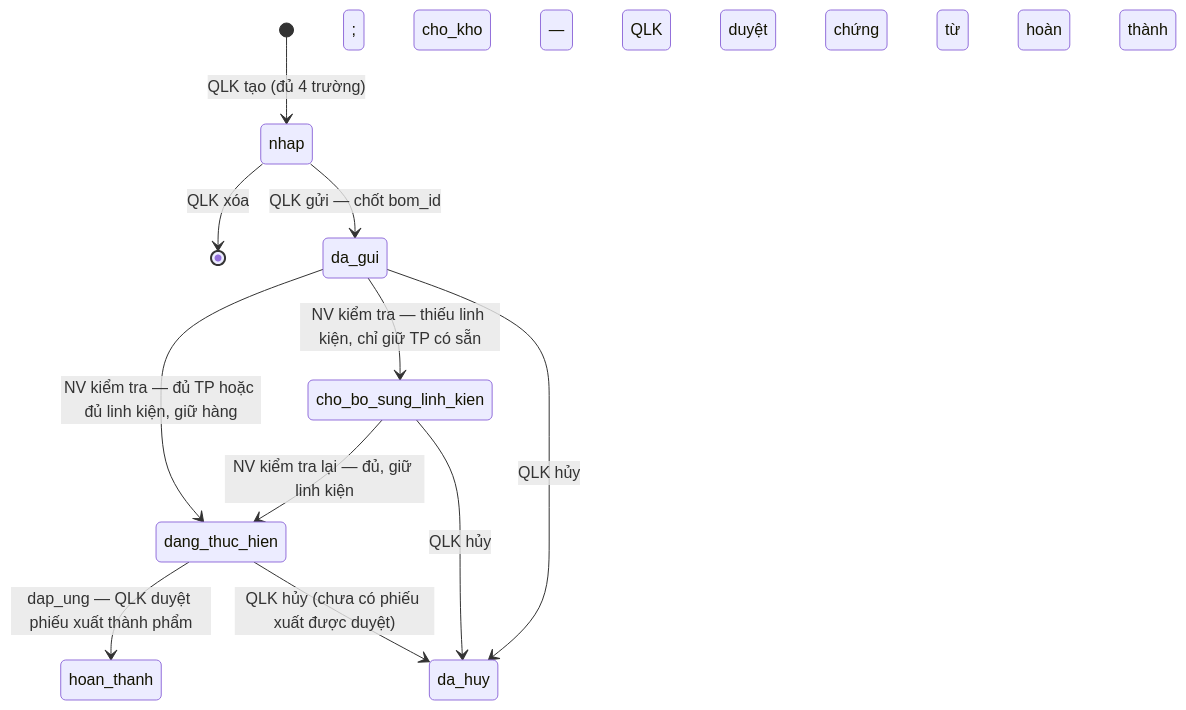
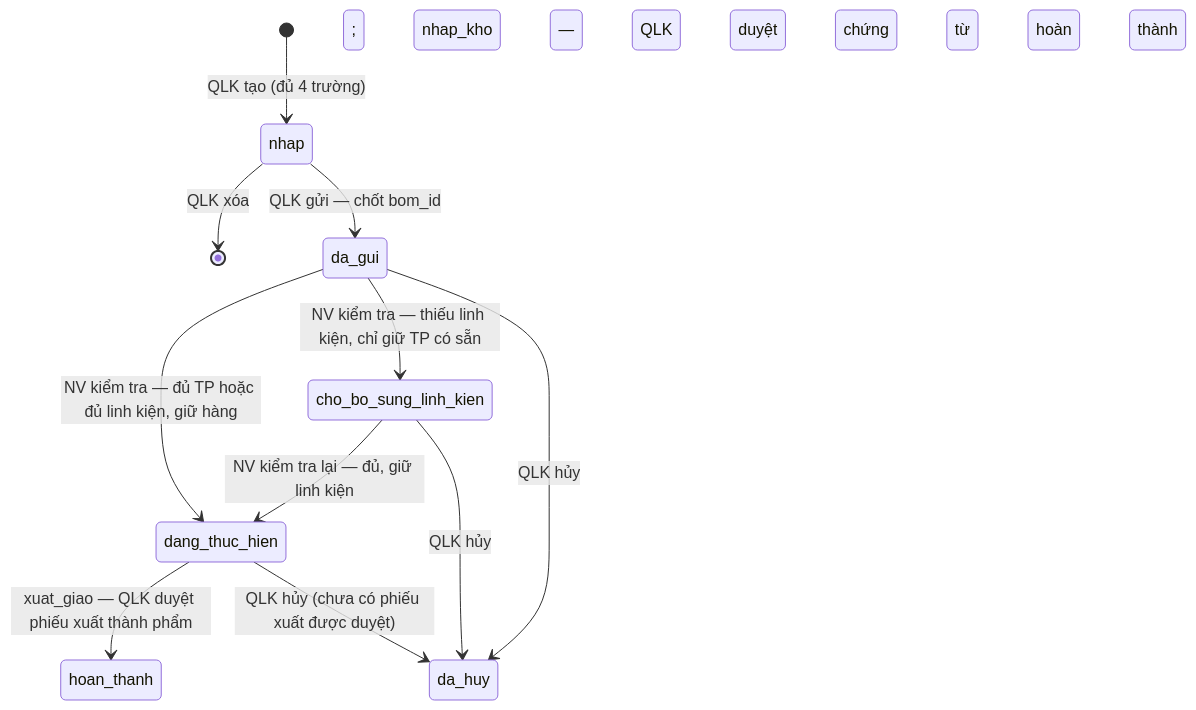
The second of 3 diagrams in specs/entity_model/data_model_v4.md (thanhklt/xbike-mrp-system), drawn with Mermaid before and after one commit. The commit also changed other lines of this file and 230 other files, not shown here.

Commit message:
fix(reporting): UC-41 báo cáo nhập-xuất-tồn và UC-42 tra cứu lịch sử biến động kho

````diff
--- a/specs/entity_model/data_model_v4.md
+++ b/specs/entity_model/data_model_v4.md
@@ -504,13 +504,13 @@
 ```mermaid
 stateDiagram-v2
   [*] --> nhap : QLK tạo (đủ 4 trường)
   nhap --> [*] : QLK xóa
   nhap --> da_gui : QLK gửi — chốt bom_id
   da_gui --> dang_thuc_hien : NV kiểm tra — đủ TP hoặc đủ linh kiện, giữ hàng
   da_gui --> cho_bo_sung_linh_kien : NV kiểm tra — thiếu linh kiện, chỉ giữ TP có sẵn
   cho_bo_sung_linh_kien --> dang_thuc_hien : NV kiểm tra lại — đủ, giữ linh kiện
-  dang_thuc_hien --> hoan_thanh : dap_ung — QLK duyệt phiếu xuất thành phẩm; cho_kho — QLK duyệt chứng từ hoàn thành
+  dang_thuc_hien --> hoan_thanh : xuat_giao — QLK duyệt phiếu xuất thành phẩm; nhap_kho — QLK duyệt chứng từ hoàn thành
   da_gui --> da_huy : QLK hủy
   cho_bo_sung_linh_kien --> da_huy : QLK hủy
   dang_thuc_hien --> da_huy : QLK hủy (chưa có phiếu xuất được duyệt)
 ```
````
